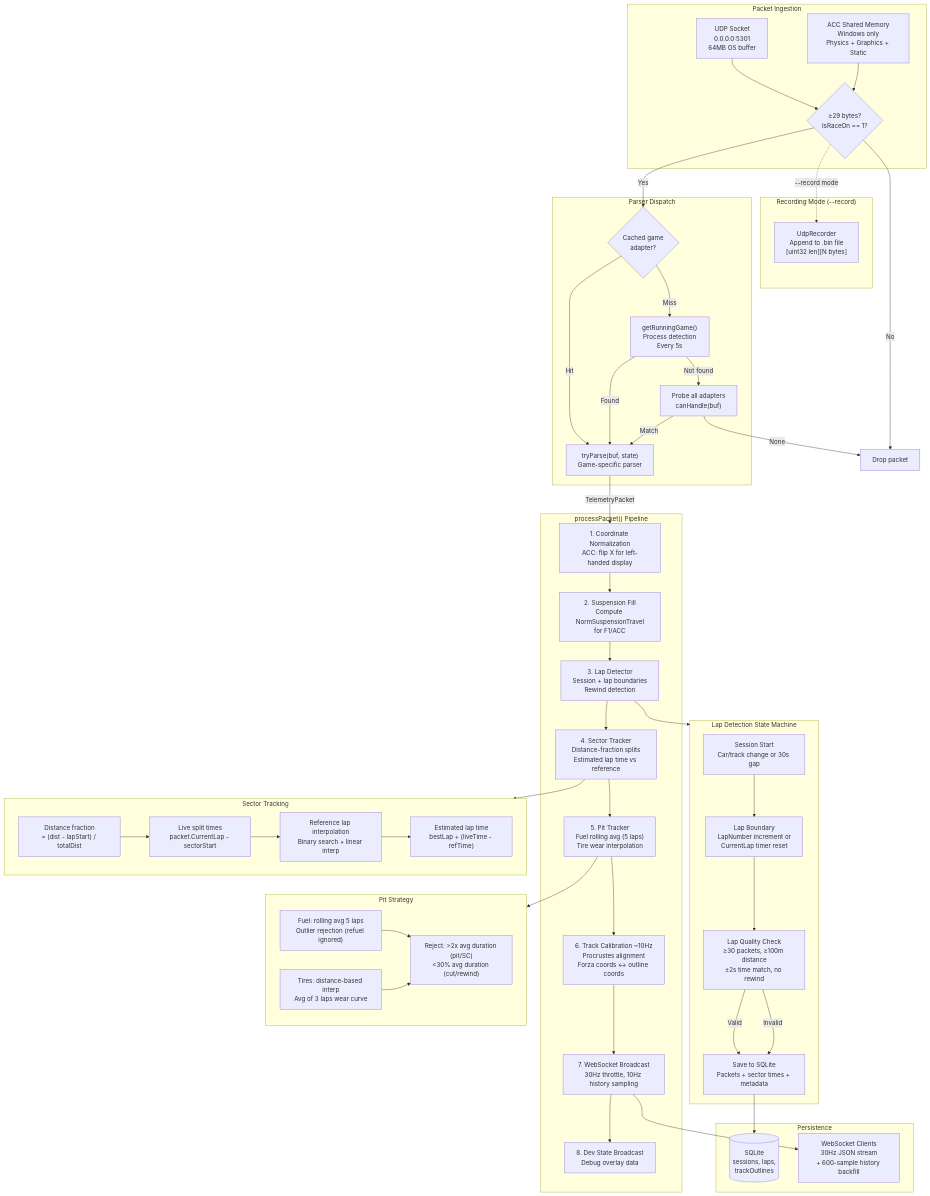
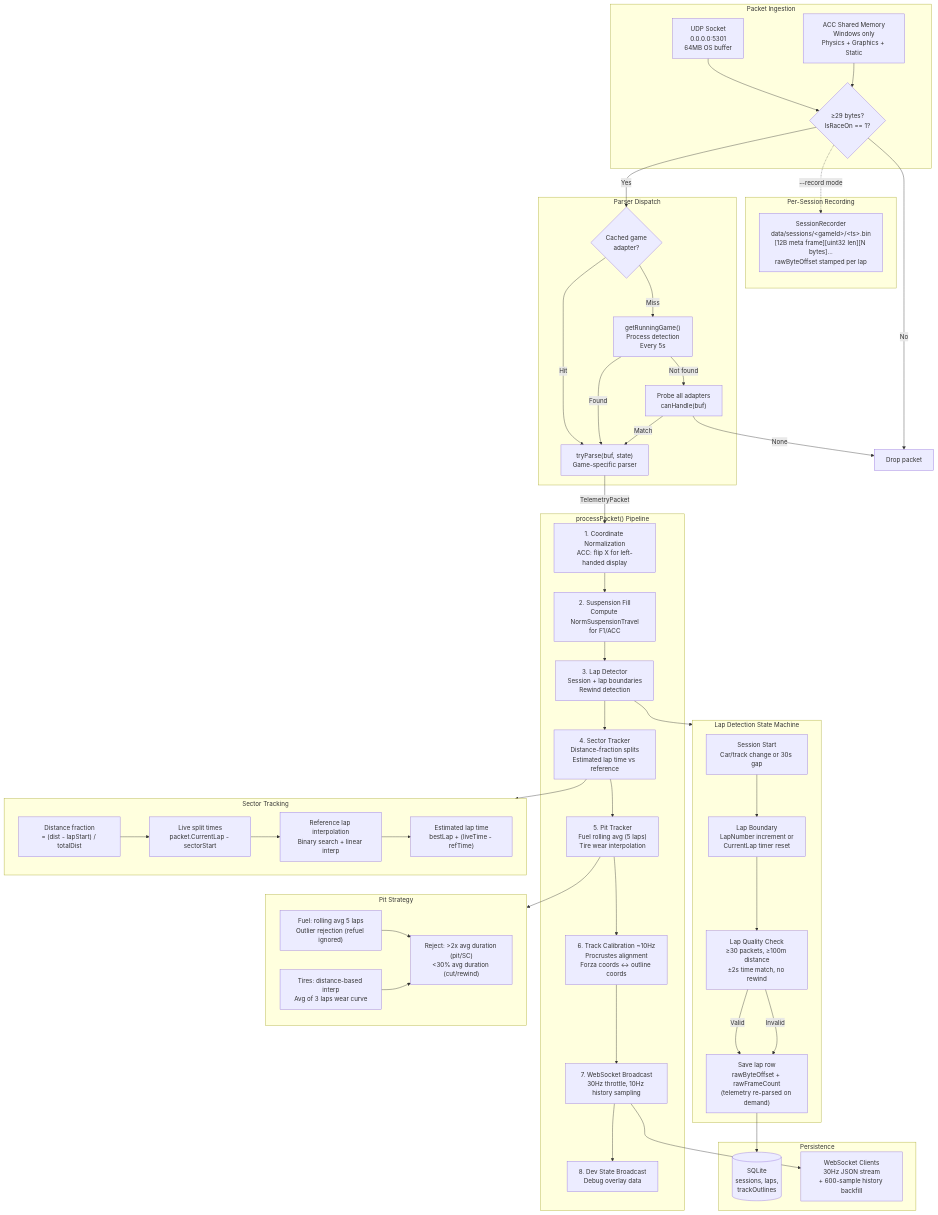
One commit to lokwaniyash/RaceIQ changed the third of 12 diagrams in ARCHITECTURE.md. Above: the diagram before and after it, drawn with Mermaid. The commit also changed other lines of this file and 147 other files, not shown here.

First line of the commit message:
feat(storage): raw binary lap storage + session lifecycle maintenance (#61)

```diff
--- a/ARCHITECTURE.md
+++ b/ARCHITECTURE.md
@@ -120,8 +120,8 @@
         Val{"≥29 bytes?<br/>IsRaceOn == 1?"}
     end
 
-    subgraph Recording["Recording Mode (--record)"]
-        Rec["UdpRecorder<br/>Append to .bin file<br/>[uint32 len][N bytes]"]
+    subgraph Recording["Per-Session Recording"]
+        Rec["SessionRecorder<br/>data/sessions/&lt;gameId&gt;/&lt;ts&gt;.bin<br/>[12B meta frame][uint32 len][N bytes]...<br/>rawByteOffset stamped per lap"]
     end
 
     subgraph Parsing["Parser Dispatch"]
@@ -146,7 +146,7 @@
         SessStart["Session Start<br/>Car/track change or 30s gap"]
         LapBound["Lap Boundary<br/>LapNumber increment or<br/>CurrentLap timer reset"]
         Quality["Lap Quality Check<br/>≥30 packets, ≥100m distance<br/>±2s time match, no rewind"]
-        Save["Save to SQLite<br/>Packets + sector times + metadata"]
+        Save["Save lap row<br/>rawByteOffset + rawFrameCount<br/>(telemetry re-parsed on demand)"]
     end
 
     subgraph SectorDetail["Sector Tracking"]
```
